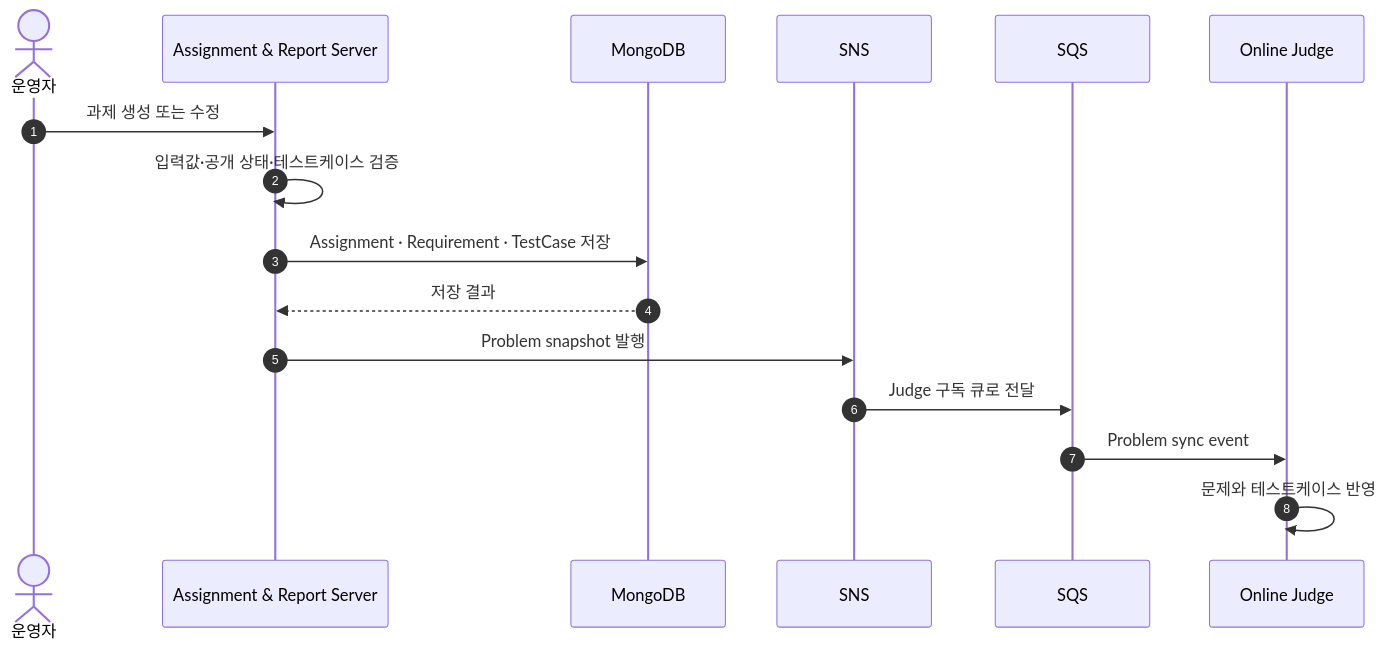
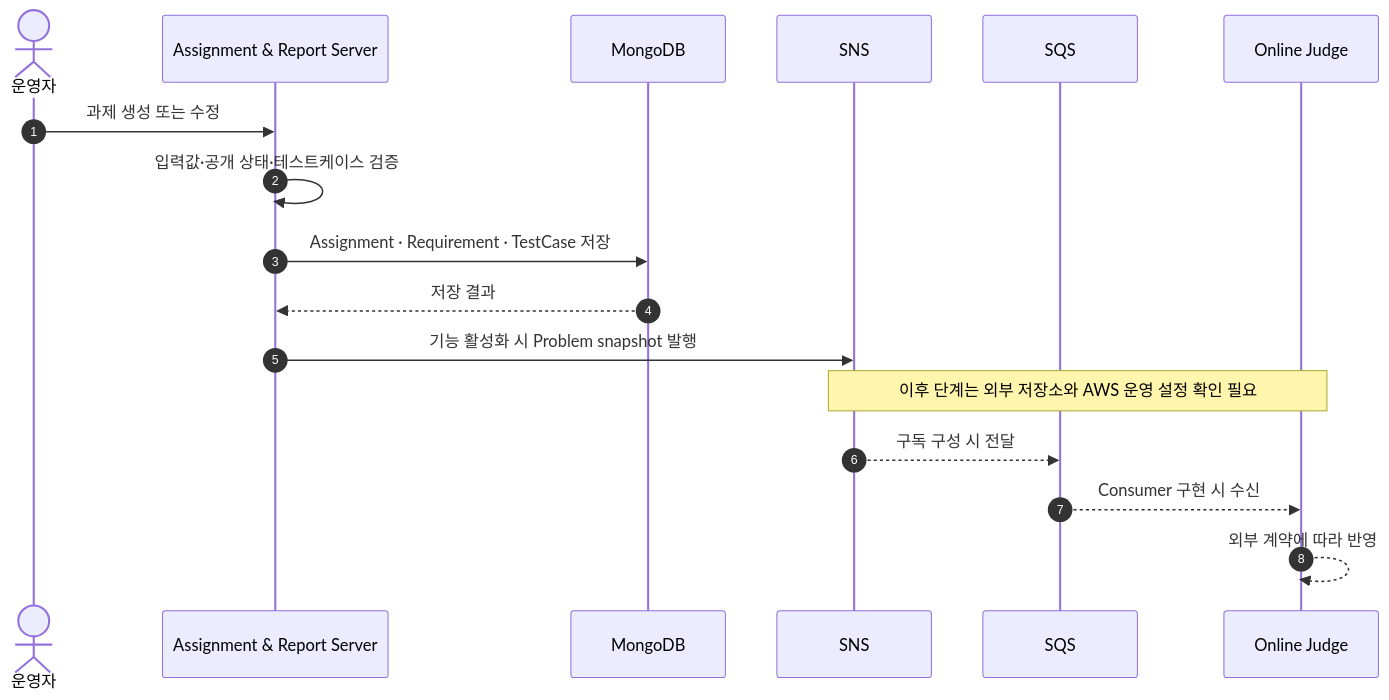
Before and after one commit to stdiodh/A-AND-I-WEB-SERVER: the first of 2 diagrams in README.md, drawn with Mermaid. The commit also changed other lines of this file and 6 other files, not shown here.

````diff
--- a/README.md
+++ b/README.md
@@ -26,19 +26,20 @@
 ```mermaid
 sequenceDiagram
     autonumber
     actor Admin as 운영자
     participant API as Assignment & Report Server
     participant DB as MongoDB
     participant SNS
     participant SQS
     participant Judge as Online Judge
 
     Admin->>API: 과제 생성 또는 수정
     API->>API: 입력값·공개 상태·테스트케이스 검증
     API->>DB: Assignment · Requirement · TestCase 저장
     DB-->>API: 저장 결과
-    API->>SNS: Problem snapshot 발행
-    SNS->>SQS: Judge 구독 큐로 전달
-    SQS->>Judge: Problem sync event
-    Judge->>Judge: 문제와 테스트케이스 반영
+    API->>SNS: 기능 활성화 시 Problem snapshot 발행
+    Note over SNS,Judge: 이후 단계는 외부 저장소와 AWS 운영 설정 확인 필요
+    SNS-->>SQS: 구독 구성 시 전달
+    SQS-->>Judge: Consumer 구현 시 수신
+    Judge-->>Judge: 외부 계약에 따라 반영
 ```
````
